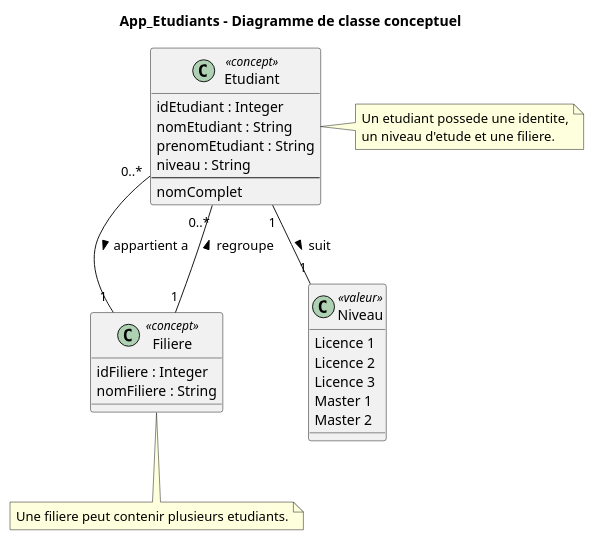
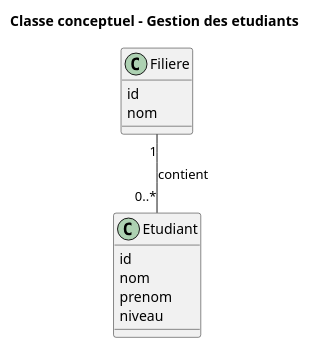
One commit to mehdidabaj/app-etudiant changed the diagram in docs/uml/classe-conceptuel.puml. Above: the diagram before and after it, drawn with PlantUML. The commit also changed 10 other files, not shown here.

Commit message:
Simplify UML diagrams and add PNG exports

```diff
--- a/docs/uml/classe-conceptuel.puml
+++ b/docs/uml/classe-conceptuel.puml
@@ -1,42 +1,21 @@
 @startuml
-title App_Etudiants - Diagramme de classe conceptuel
+title Classe conceptuel - Gestion des etudiants
 
 skinparam classAttributeIconSize 0
 skinparam shadowing false
 
-class Etudiant <<concept>> {
-  idEtudiant : Integer
-  nomEtudiant : String
-  prenomEtudiant : String
-  niveau : String
-  --
-  nomComplet
+class Etudiant {
+  id
+  nom
+  prenom
+  niveau
 }
 
-class Filiere <<concept>> {
-  idFiliere : Integer
-  nomFiliere : String
+class Filiere {
+  id
+  nom
 }
 
-class Niveau <<valeur>> {
-  Licence 1
-  Licence 2
-  Licence 3
-  Master 1
-  Master 2
-}
-
-Filiere "1" -- "0..*" Etudiant : regroupe >
-Etudiant "0..*" -- "1" Filiere : appartient a >
-Etudiant "1" -- "1" Niveau : suit >
-
-note right of Etudiant
-  Un etudiant possede une identite,
-  un niveau d'etude et une filiere.
-end note
-
-note bottom of Filiere
-  Une filiere peut contenir plusieurs etudiants.
-end note
+Filiere "1" -- "0..*" Etudiant : contient
 
 @enduml
```
